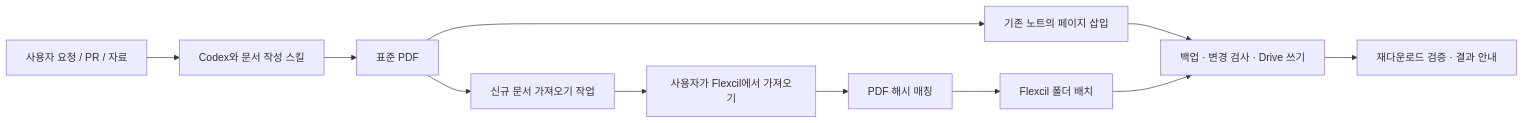
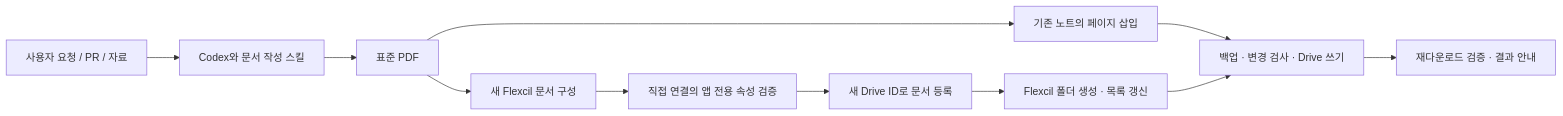
Before and after one commit to jeonghyeon-net/flexcil-codex-plugin: the diagram in README.md, drawn with Mermaid. The commit also changed other lines of this file and 20 other files, not shown here.

````diff
--- a/README.md
+++ b/README.md
@@ -56,13 +61,13 @@
 ```mermaid
 flowchart LR
   A[사용자 요청 / PR / 자료] --> B[Codex와 문서 작성 스킬]
   B --> C[표준 PDF]
   C --> D[기존 노트의 페이지 삽입]
-  C --> E[신규 문서 가져오기 작업]
-  E --> F[사용자가 Flexcil에서 가져오기]
-  F --> G[PDF 해시 매칭]
-  G --> H[Flexcil 폴더 배치]
+  C --> E[새 Flexcil 문서 구성]
+  E --> F[직접 연결의 앱 전용 속성 검증]
+  F --> G[새 Drive ID로 문서 등록]
+  G --> H[Flexcil 폴더 생성 · 목록 갱신]
   D --> I[백업 · 변경 검사 · Drive 쓰기]
   H --> I
   I --> J[재다운로드 검증 · 결과 안내]
 ```
````
